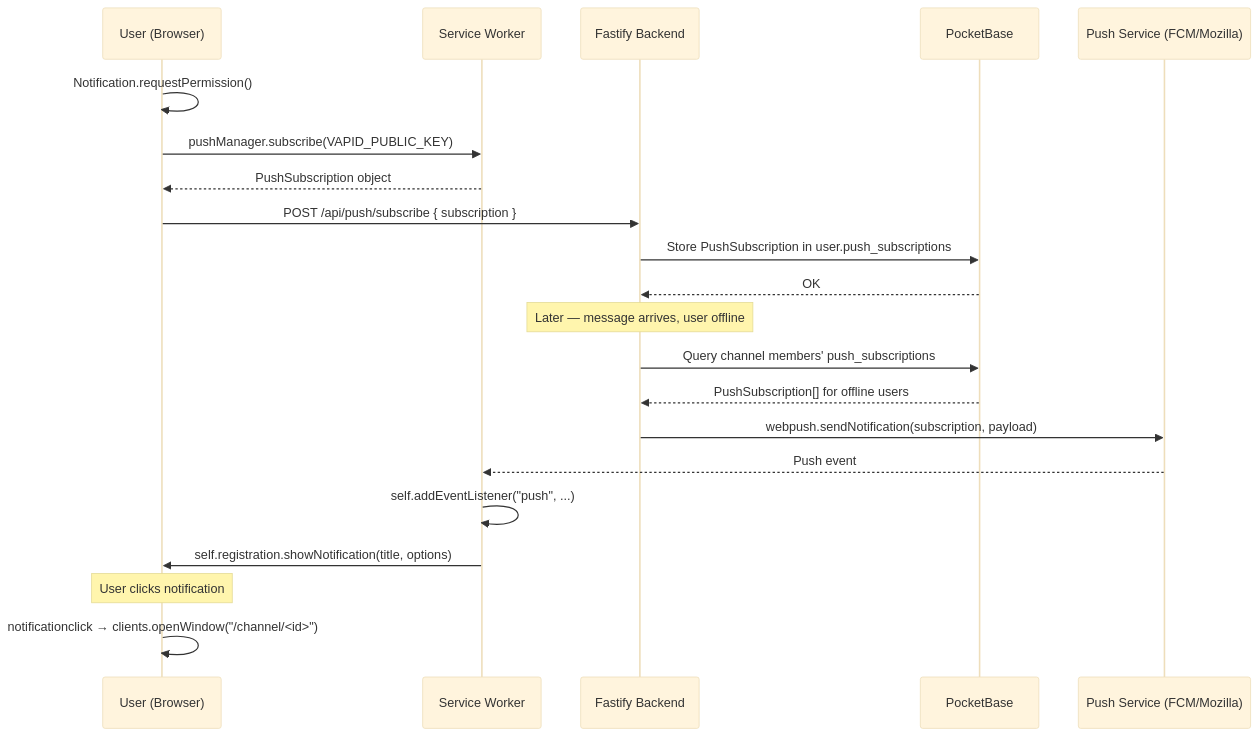
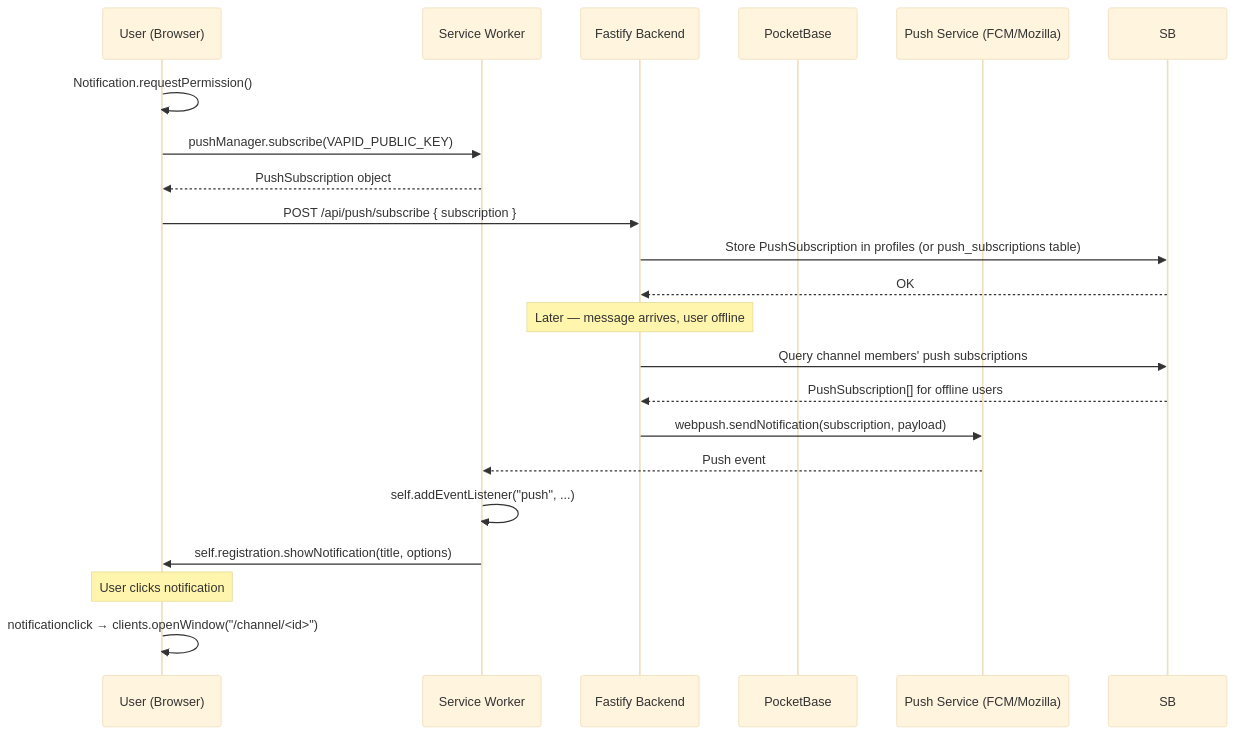
One commit to davidjonesibm/chat changed the fifth of 7 diagrams in docs/ARCHITECTURE.md. Above: the diagram before and after it, drawn with Mermaid (base theme). The commit also changed other lines of this file and 41 other files, not shown here.

````diff
--- a/docs/ARCHITECTURE.md
+++ b/docs/ARCHITECTURE.md
@@ -397,26 +433,26 @@
 ```mermaid
 sequenceDiagram
     participant U as User (Browser)
     participant SW as Service Worker
     participant F as Fastify Backend
     participant PB as PocketBase
     participant PS as Push Service (FCM/Mozilla)
 
     U->>U: Notification.requestPermission()
     U->>SW: pushManager.subscribe(VAPID_PUBLIC_KEY)
     SW-->>U: PushSubscription object
     U->>F: POST /api/push/subscribe { subscription }
-    F->>PB: Store PushSubscription in user.push_subscriptions
-    PB-->>F: OK
+    F->>SB: Store PushSubscription in profiles (or push_subscriptions table)
+    SB-->>F: OK
 
     Note over F: Later — message arrives, user offline
-    F->>PB: Query channel members' push_subscriptions
-    PB-->>F: PushSubscription[] for offline users
+    F->>SB: Query channel members' push subscriptions
+    SB-->>F: PushSubscription[] for offline users
     F->>PS: webpush.sendNotification(subscription, payload)
     PS-->>SW: Push event
     SW->>SW: self.addEventListener("push", ...)
     SW->>U: self.registration.showNotification(title, options)
 
     Note over U: User clicks notification
     U->>U: notificationclick → clients.openWindow("/channel/<id>")
 ```
````
